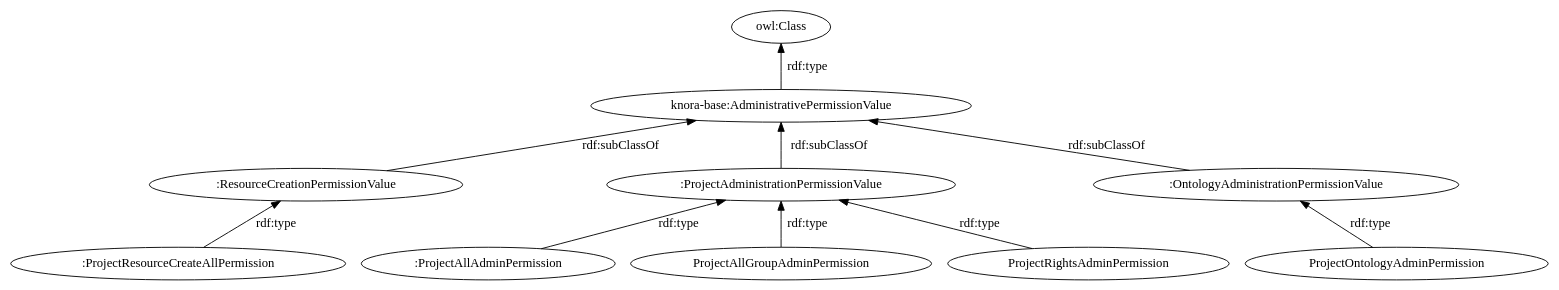
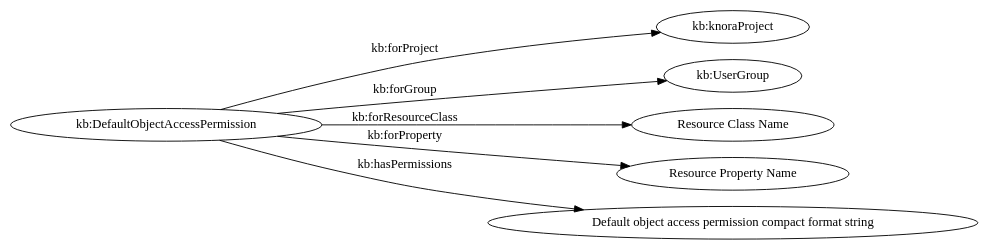
Before and after one commit to dasch-swiss/dsp-api: the sixth of 6 diagrams in docs/rst/knora-api-server/design-documentation/administration.rst, drawn with Graphviz. The commit also changed other lines of this file, not shown here.

```diff
--- a/docs/rst/knora-api-server/design-documentation/administration.rst
+++ b/docs/rst/knora-api-server/design-documentation/administration.rst
@@ -580,33 +551,18 @@
 .. graphviz::
 
-   digraph G {
-     rankdir="BT"
+   digraph DefaultObjectAccessPermissions {
+     rankdir="LR"
      
-     oc [label="owl:Class"]
+     doap [label="kb:DefaultObjectAccessPermission"]
+     kp [label="kb:knoraProject"]
+     ug [label="kb:UserGroup"]
+     rc [label="Resource Class Name"]
+     pr [label="Resource Property Name"]
      
-     pv [label="knora-base:AdministrativePermissionValue"]
+     doap -> kp [ label="kb:forProject" ]
+     doap -> ug [ label="kb:forGroup" ]
+     doap -> rc [ label="kb:forResourceClass" ]
+     doap -> pr [ label="kb:forProperty" ]
      
-     RCPv [label=":ResourceCreationPermissionValue"]
-     PRCAPi [label=":ProjectResourceCreateAllPermission"] 
-     
-     PAPv [label=":ProjectAdministrationPermissionValue"]
-     PAAPi [label=":ProjectAllAdminPermission"]
-     PAGAPi [label="ProjectAllGroupAdminPermission"]
-     PRAPi [label="ProjectRightsAdminPermission"]
-     
-     OAPv [label=":OntologyAdministrationPermissionValue"]
-     POAPi [label="ProjectOntologyAdminPermission"]
-     
-     pv -> oc [label="rdf:type"]
-     
-     RCPv -> pv [label="rdf:subClassOf"]
-     PRCAPi -> RCPv [label="rdf:type"]
-     
-     PAPv -> pv [label="rdf:subClassOf"]
-     PAAPi -> PAPv [label="rdf:type"]
-     PAGAPi -> PAPv [label="rdf:type"]
-     PRAPi -> PAPv [label="rdf:type"]
-     
-     OAPv -> pv [label="rdf:subClassOf"]
-     POAPi -> OAPv [label="rdf:type"]
+     doap -> "Default object access permission compact format string" [ label="kb:hasPermissions"]
    }
```
